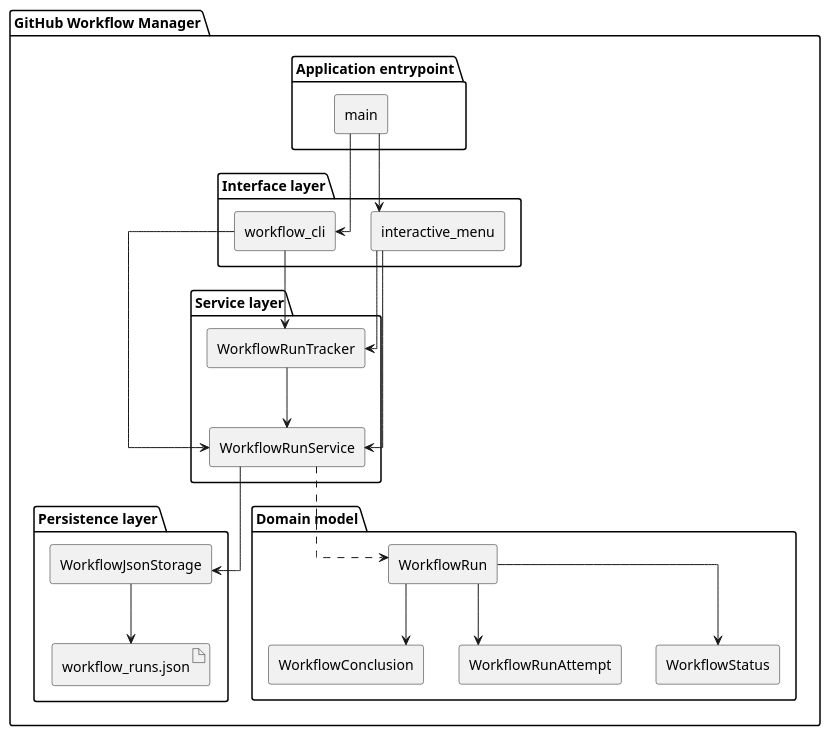
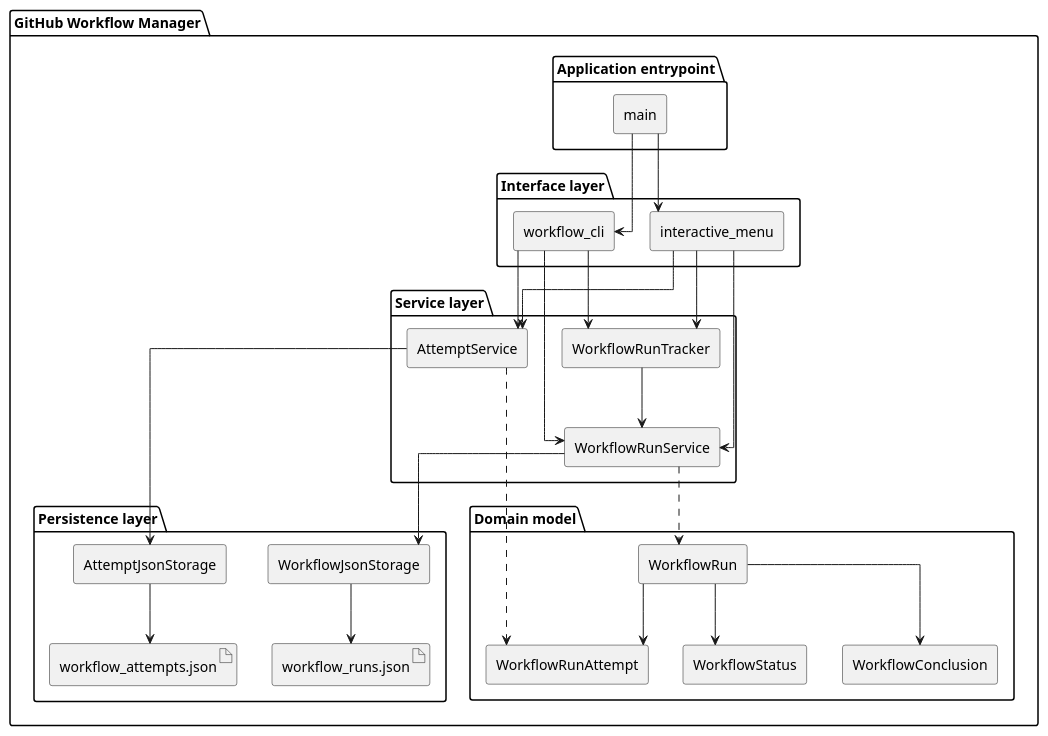
One commit to DanielRiha8906/Software_autoevolution_using_agents changed the diagram in experiments/broadcast/user_stories/github-workflow-manager/artifacts/component_diagram.puml. Above: the diagram before and after it, drawn with PlantUML. The commit also changed 12 other files, not shown here.

First line of the commit message:
Task 04: Create AttemptService for managing WorkflowRunAttempt objects

```diff
--- a/experiments/broadcast/user_stories/github-workflow-manager/artifacts/component_diagram.puml
+++ b/experiments/broadcast/user_stories/github-workflow-manager/artifacts/component_diagram.puml
@@ -1,54 +1,63 @@
 @startuml component_diagram
 
 skinparam componentStyle rectangle
 skinparam linetype ortho
 top to bottom direction
 
 package "GitHub Workflow Manager" {
 
   package "Application entrypoint" {
     component "main" as MAIN
   }
 
   package "Interface layer" {
     component "workflow_cli" as CLI
     component "interactive_menu" as IM
   }
 
   package "Service layer" {
     component "WorkflowRunTracker" as TRACKER
     component "WorkflowRunService" as SVC
+    component "AttemptService" as ASVC
   }
 
   package "Persistence layer" {
     component "WorkflowJsonStorage" as STOR
+    component "AttemptJsonStorage" as ASTOR
     artifact "workflow_runs.json" as JSON_FILE
+    artifact "workflow_attempts.json" as ATTEMPT_FILE
   }
 
   package "Domain model" {
     component "WorkflowRun" as RUN
     component "WorkflowRunAttempt" as ATTEMPT
     component "WorkflowStatus" as STATUS
     component "WorkflowConclusion" as CONCLUSION
   }
 }
 
 MAIN --> CLI
 MAIN --> IM
 
 CLI --> TRACKER
+CLI --> ASVC
 IM --> TRACKER
+IM --> ASVC
 
 CLI --> SVC
 IM --> SVC
 
 TRACKER --> SVC
 SVC --> STOR
 STOR --> JSON_FILE
 
+ASVC --> ASTOR
+ASTOR --> ATTEMPT_FILE
+
 SVC ..> RUN
+ASVC ..> ATTEMPT
 RUN --> ATTEMPT
 RUN --> STATUS
 RUN --> CONCLUSION
 
 @enduml
```
